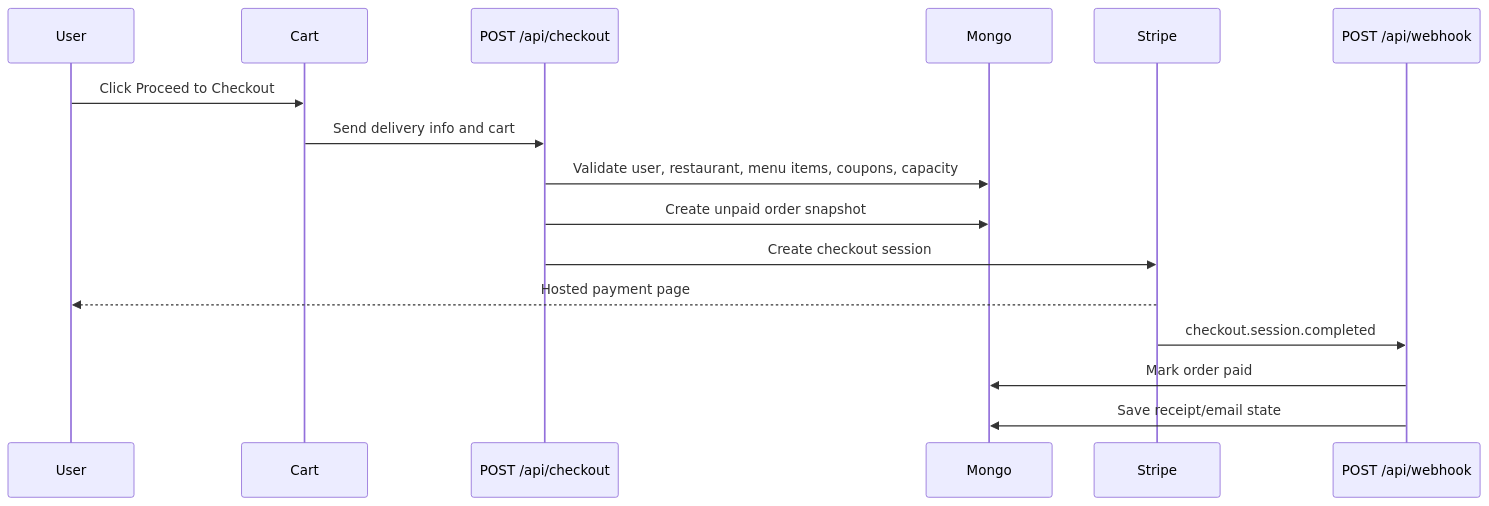
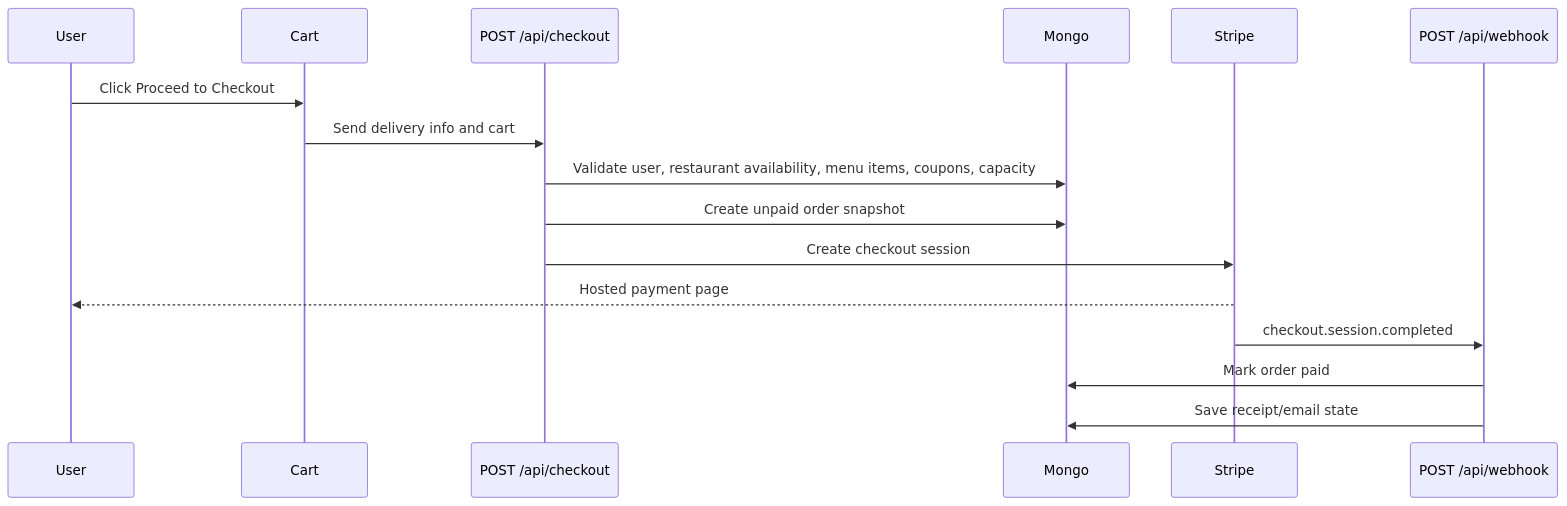
One commit to kimamovic21/food-ordering-app-nextjs-cwd-yt-2023 changed the fifth of 8 diagrams in ARCHITECTURE.md. Above: the diagram before and after it, drawn with Mermaid. The commit also changed other lines of this file and 29 other files, not shown here.

First line of the commit message:
Improve order flow, courier summaries, and project docs

````diff
--- a/ARCHITECTURE.md
+++ b/ARCHITECTURE.md
@@ -150,19 +153,19 @@
 ```mermaid
 sequenceDiagram
   participant User
   participant Cart
   participant CheckoutAPI as POST /api/checkout
   participant Mongo
   participant Stripe
   participant Webhook as POST /api/webhook
 
   User->>Cart: Click Proceed to Checkout
   Cart->>CheckoutAPI: Send delivery info and cart
-  CheckoutAPI->>Mongo: Validate user, restaurant, menu items, coupons, capacity
+  CheckoutAPI->>Mongo: Validate user, restaurant availability, menu items, coupons, capacity
   CheckoutAPI->>Mongo: Create unpaid order snapshot
   CheckoutAPI->>Stripe: Create checkout session
   Stripe-->>User: Hosted payment page
   Stripe->>Webhook: checkout.session.completed
   Webhook->>Mongo: Mark order paid
   Webhook->>Mongo: Save receipt/email state
 ```
````
